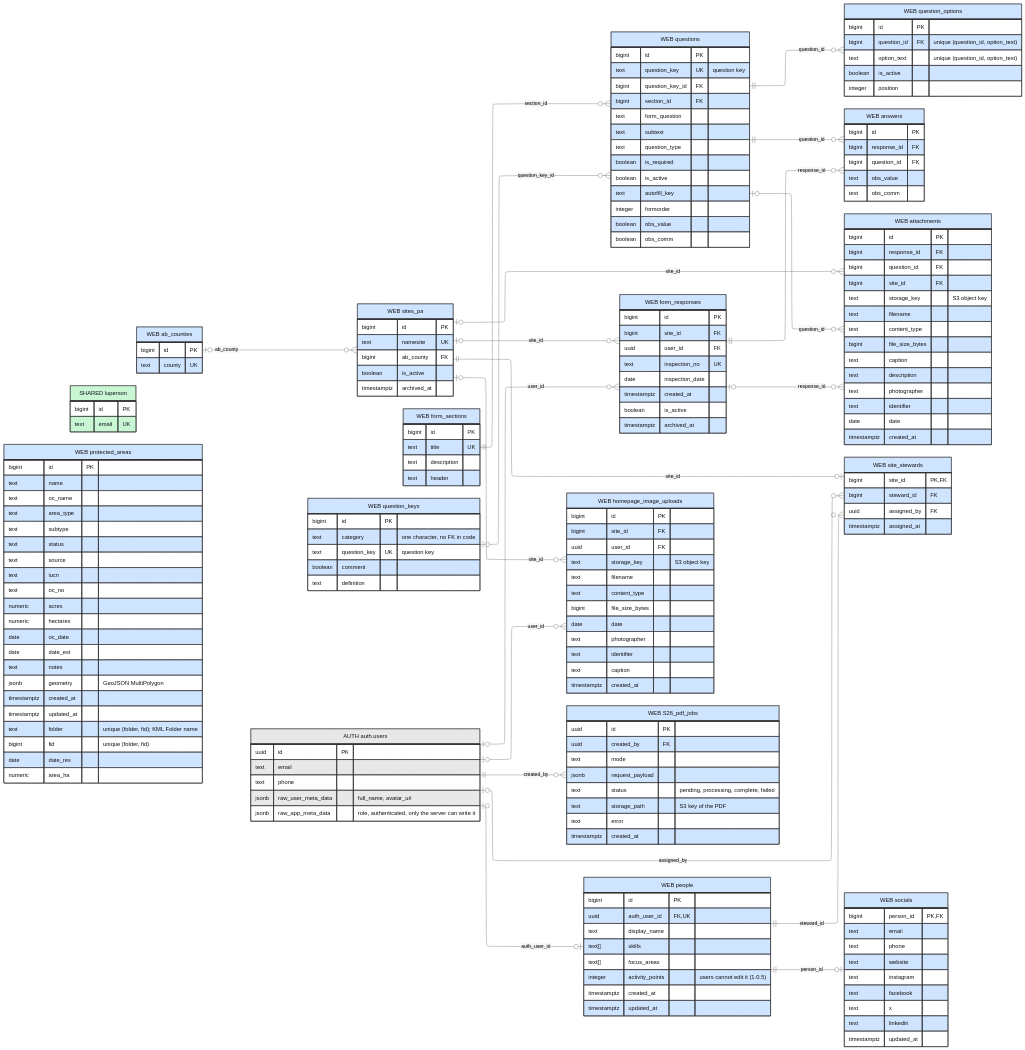
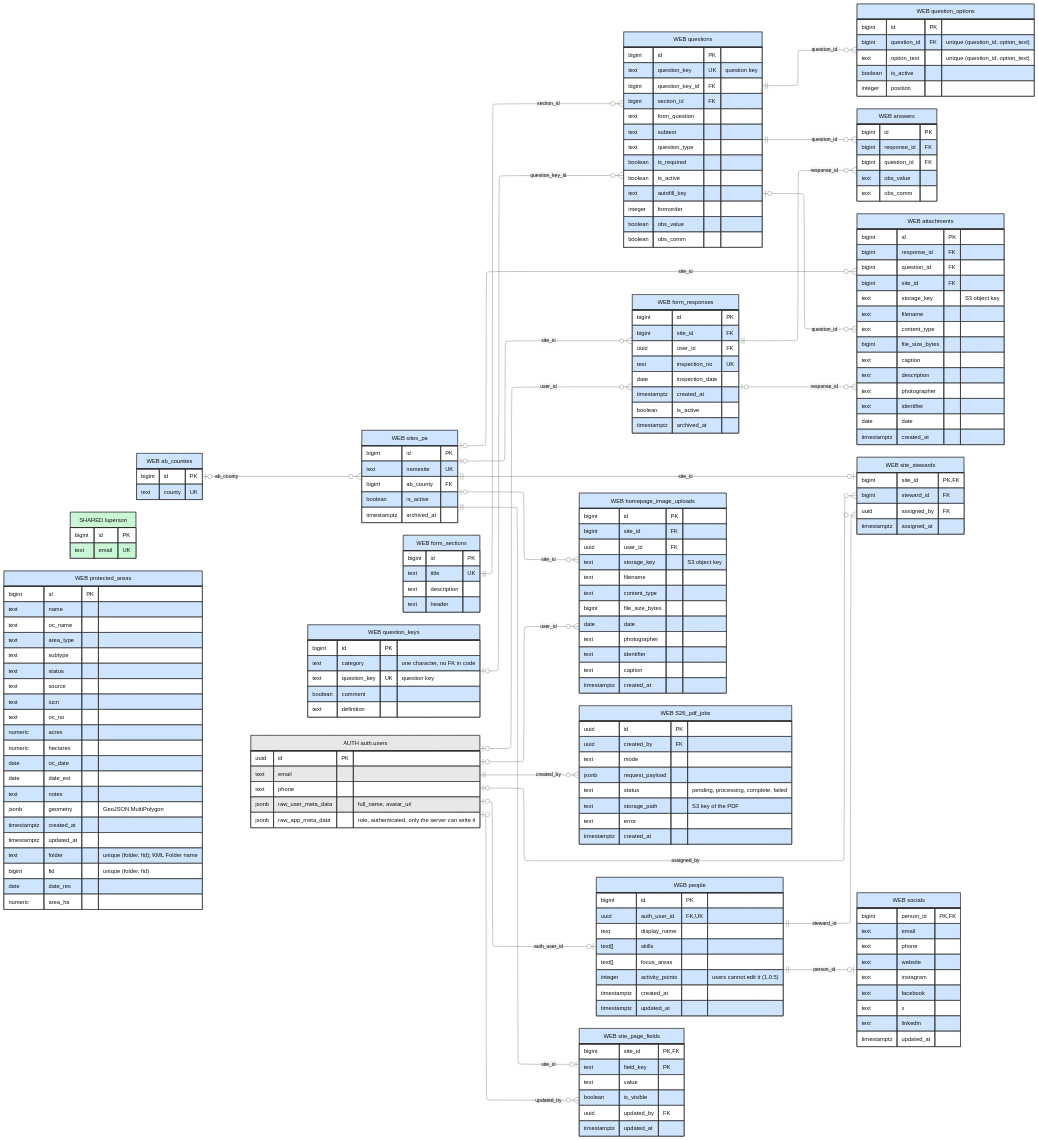
One commit to SAPAA-Dev/W26Project-SAPAA-Dev-Team changed the diagram in docs/assets/ER_Diagram.mmd. Above: the diagram before and after it, drawn with Mermaid (neutral theme). The commit also changed 16 other files, not shown here.

First line of the commit message:
(feat): let admins show, hide and edit site page fields (#163)

```diff
--- a/docs/assets/ER_Diagram.mmd
+++ b/docs/assets/ER_Diagram.mmd
@@ -220,6 +220,15 @@
         timestamptz updated_at
     }
 
+    site_page_fields["WEB site_page_fields"] {
+        bigint site_id PK, FK
+        text field_key PK
+        text value
+        boolean is_visible
+        uuid updated_by FK
+        timestamptz updated_at
+    }
+
     ab_counties |o--o{ sites_pa : "ab_county"
     question_keys |o--o{ questions : "question_key_id"
     form_sections ||--o{ questions : "section_id"
@@ -239,8 +248,10 @@
     people ||--o{ site_stewards : "steward_id"
     auth_users |o--o{ site_stewards : "assigned_by"
     people ||--o| socials : "person_id"
+    sites_pa ||--o| site_page_fields : "site_id"
+    auth_users |o--o{ site_page_fields : "updated_by"
 
-    class ab_counties,sites_pa,form_sections,question_keys,questions,question_options,form_responses,answers,attachments,homepage_image_uploads,S26_pdf_jobs,people,site_stewards,protected_areas,socials web
+    class ab_counties,sites_pa,form_sections,question_keys,questions,question_options,form_responses,answers,attachments,homepage_image_uploads,S26_pdf_jobs,people,site_stewards,protected_areas,socials,site_page_fields web
     class luperson shared
     %% END GENERATED: er
 
```
